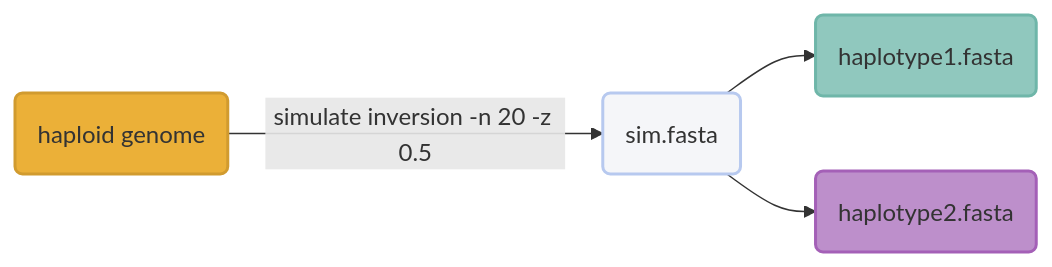
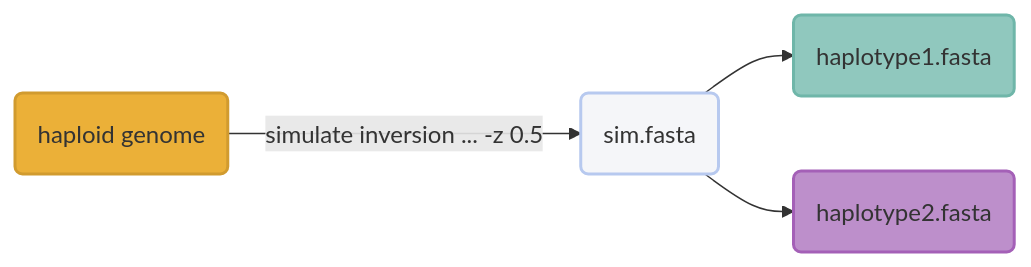
The first of 3 diagrams in blog/simulate_diploid.md (pdimens/harpy), drawn with Mermaid before and after one commit. The commit also changed other lines of this file, not shown here.

````diff
--- a/blog/simulate_diploid.md
+++ b/blog/simulate_diploid.md
@@ -56,10 +56,10 @@
 ```mermaid
 graph LR
-    geno(haploid genome)-->|simulate inversion -n 20 -z 0.5|hap(sim.fasta):::clean
+    geno(haploid genome)-->|simulate inversion ... -z 0.5|hap(sim.fasta):::clean
     hap-->hap1(haplotype1.fasta)
     hap-->hap2(haplotype2.fasta)
     style geno fill:#ebb038,stroke:#d19b2f,stroke-width:2px
     style hap1 fill:#90c8be,stroke:#6fb6a9,stroke-width:2px
     style hap2 fill:#bd8fcb,stroke:#a460b7,stroke-width:2px
     classDef clean fill:#f5f6f9,stroke:#b7c9ef,stroke-width:2px
 ```
````
